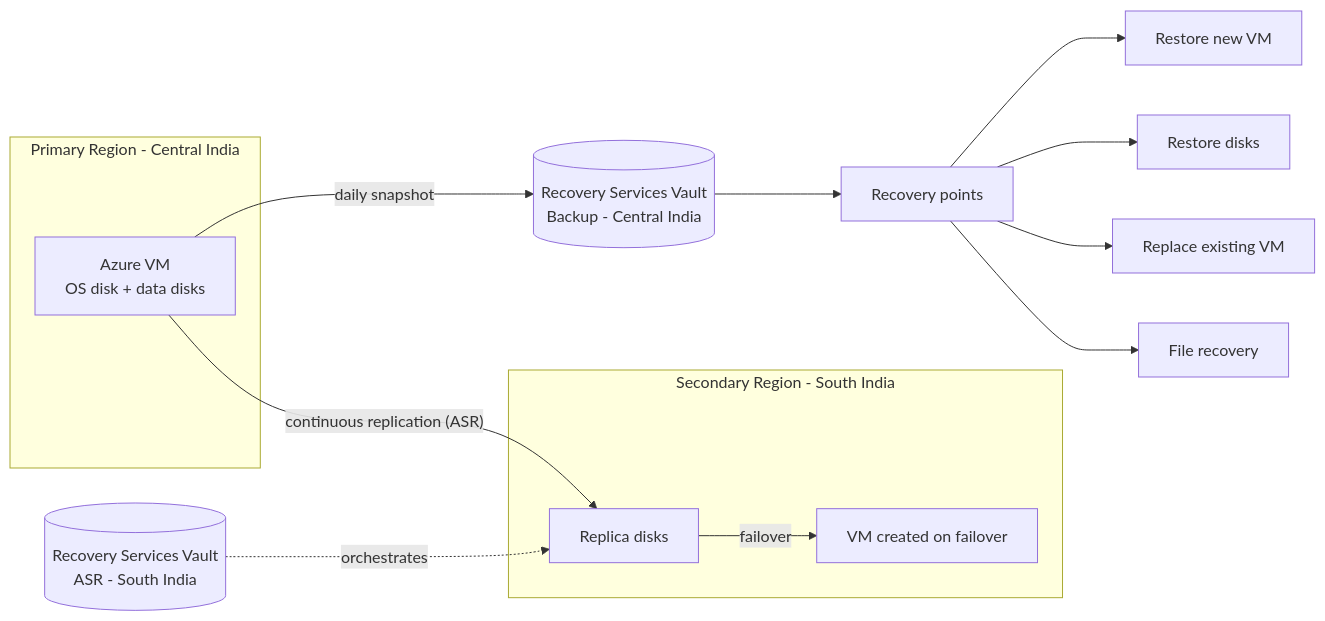
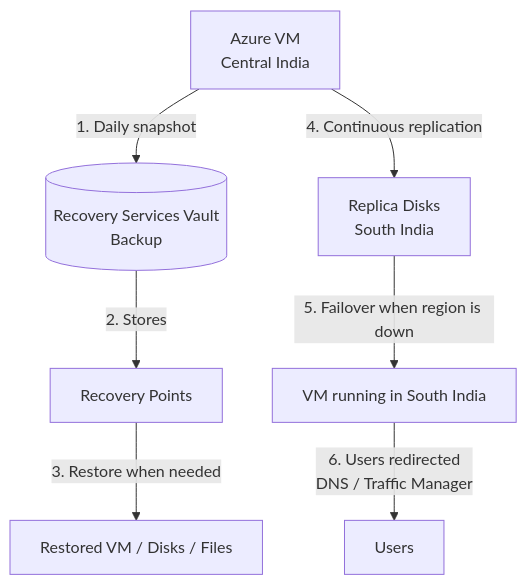
Before and after one commit to ram-multicloud/Operations: the diagram in az_rs_dr_backup.md, drawn with Mermaid. The commit also changed other lines of this file, not shown here.

````diff
--- a/az_rs_dr_backup.md
+++ b/az_rs_dr_backup.md
@@ -14,22 +12,10 @@
 ```mermaid
-flowchart LR
-    subgraph P["Primary Region - Central India"]
-        VM[Azure VM<br/>OS disk + data disks]
-    end
+flowchart TD
+    A[Azure VM<br/>Central India] -->|1. Daily snapshot| B[(Recovery Services Vault<br/>Backup)]
+    B -->|2. Stores| C[Recovery Points]
+    C -->|3. Restore when needed| D[Restored VM / Disks / Files]
 
-    VM -- "daily snapshot" --> RSV1[(Recovery Services Vault<br/>Backup - Central India)]
-    RSV1 --> RP[Recovery points]
-    RP --> R1[Restore new VM]
-    RP --> R2[Restore disks]
-    RP --> R3[Replace existing VM]
-    RP --> R4[File recovery]
-
-    subgraph S["Secondary Region - South India"]
-        REP[Replica disks]
-        VM2[VM created on failover]
-    end
-
-    VM -- "continuous replication (ASR)" --> REP
-    REP -- failover --> VM2
-    RSV2[(Recovery Services Vault<br/>ASR - South India)] -. orchestrates .-> REP
+    A -->|4. Continuous replication| E[Replica Disks<br/>South India]
+    E -->|5. Failover when region is down| F[VM running in South India]
+    F -->|6. Users redirected<br/>DNS / Traffic Manager| G[Users]
 ```
````
